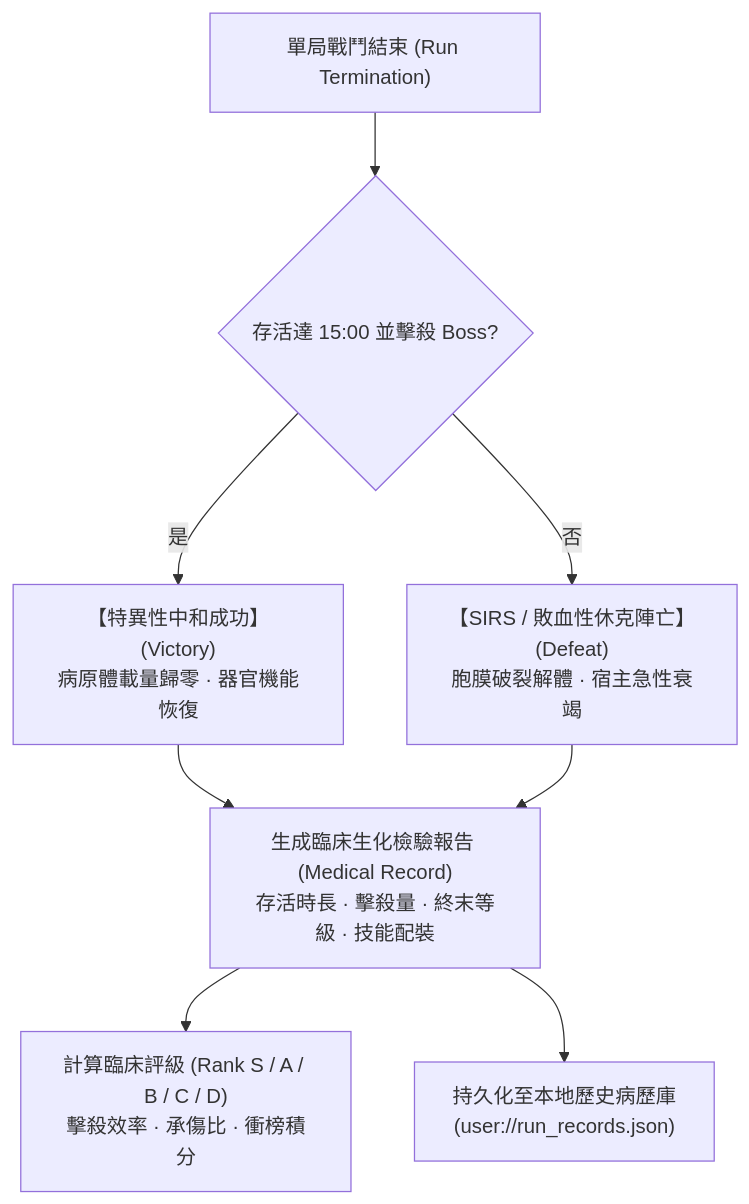
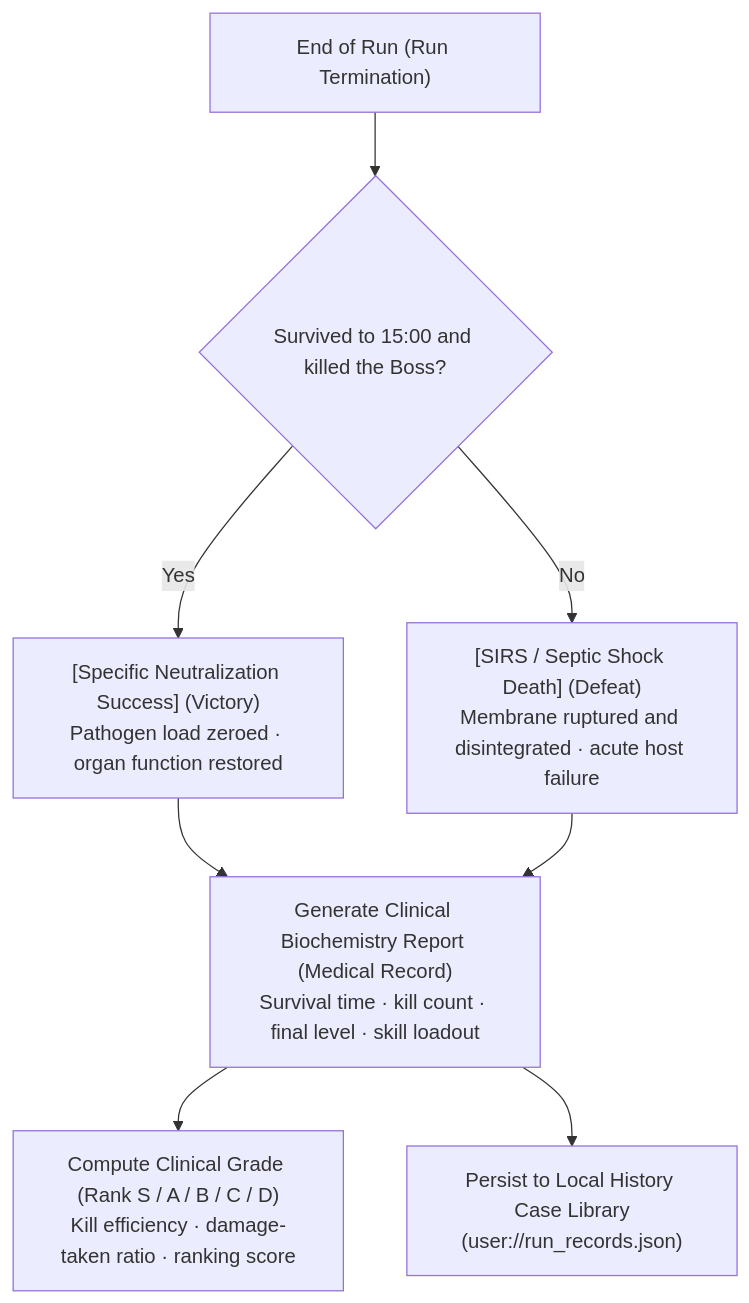
The diagram in docs/record.md (skyrocket-qy/Phagocyte), drawn with Mermaid before and after one commit. The commit also changed other lines of this file and 17 other files, not shown here.

````diff
--- a/docs/record.md
+++ b/docs/record.md
@@ -9,9 +9,9 @@
 ```mermaid
 flowchart TD
-    RunEnd["單局戰鬥結束 (Run Termination)"] --> CheckResult{存活達 15:00 並擊殺 Boss?}
-    CheckResult -- 是 --> Vic["【特異性中和成功】(Victory)<br>病原體載量歸零 · 器官機能恢復"]
-    CheckResult -- 否 --> Def["【SIRS / 敗血性休克陣亡】(Defeat)<br>胞膜破裂解體 · 宿主急性衰竭"]
-    Vic & Def --> Gen["生成臨床生化檢驗報告 (Medical Record)<br>存活時長 · 擊殺量 · 終末等級 · 技能配裝"]
-    Gen --> Rank["計算臨床評級 (Rank S / A / B / C / D)<br>擊殺效率 · 承傷比 · 衝榜積分"]
-    Gen --> Persist["持久化至本地歷史病歷庫<br>(user://run_records.json)"]
+    RunEnd["End of Run (Run Termination)"] --> CheckResult{Survived to 15:00 and killed the Boss?}
+    CheckResult -- Yes --> Vic["[Specific Neutralization Success] (Victory)<br>Pathogen load zeroed · organ function restored"]
+    CheckResult -- No --> Def["[SIRS / Septic Shock Death] (Defeat)<br>Membrane ruptured and disintegrated · acute host failure"]
+    Vic & Def --> Gen["Generate Clinical Biochemistry Report (Medical Record)<br>Survival time · kill count · final level · skill loadout"]
+    Gen --> Rank["Compute Clinical Grade (Rank S / A / B / C / D)<br>Kill efficiency · damage-taken ratio · ranking score"]
+    Gen --> Persist["Persist to Local History Case Library<br>(user://run_records.json)"]
 ```
````
